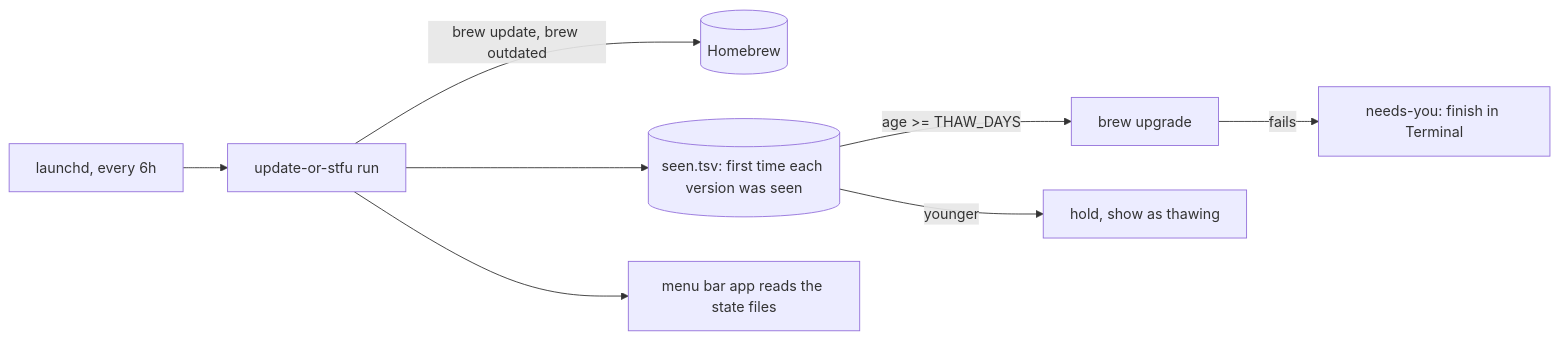
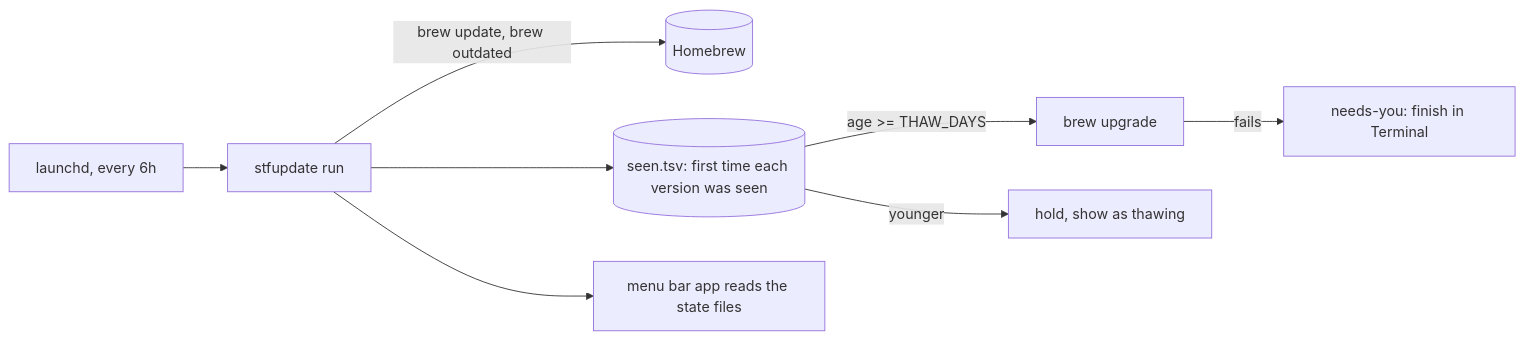
One commit to pmsosa/STFUpdate changed the diagram in README.md. Above: the diagram before and after it, drawn with Mermaid. The commit also changed other lines of this file and 15 other files, not shown here.

````diff
--- a/README.md
+++ b/README.md
@@ -47,10 +52,10 @@
 ```mermaid
 flowchart LR
-  L[launchd, every 6h] --> R[update-or-stfu run]
+  L[launchd, every 6h] --> R[stfupdate run]
   R -->|brew update, brew outdated| B[(Homebrew)]
   R --> S[(seen.tsv: first time each version was seen)]
   S -->|age >= THAW_DAYS| U[brew upgrade]
   S -->|younger| H[hold, show as thawing]
   U -->|fails| N[needs-you: finish in Terminal]
   R --> A[menu bar app reads the state files]
 ```
````
